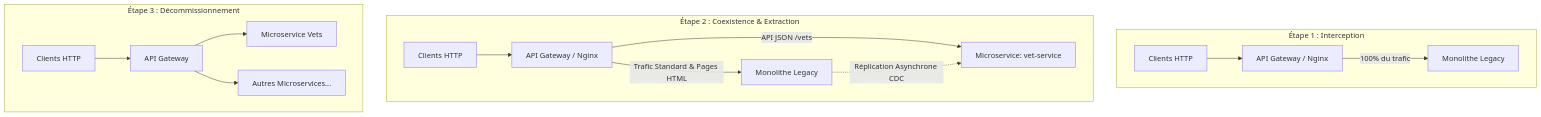
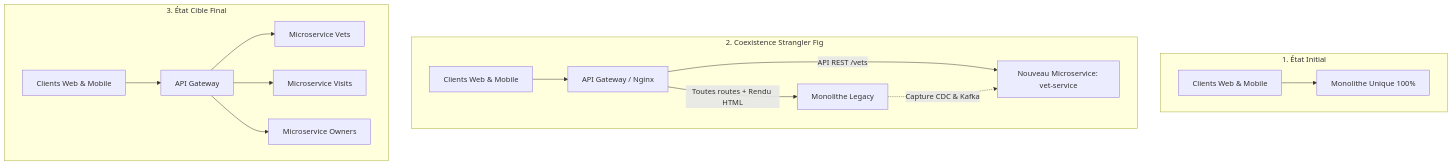
Before and after one commit to abdochiguer/Monolith-to-Microservices-Migration: the second of 8 diagrams in README.md, drawn with Mermaid. The commit also changed other lines of this file, not shown here.

````diff
--- a/README.md
+++ b/README.md
@@ -62,20 +106,20 @@
 ```mermaid
 flowchart TD
-    subgraph Étape 1 : Interception
-        Client1[Clients HTTP] --> Proxy[API Gateway / Nginx]
-        Proxy -->|100% du trafic| Mono1[Monolithe Legacy]
+    subgraph 1. État Initial
+        C1[Clients Web & Mobile] --> M1[Monolithe Unique 100%]
     end
 
-    subgraph Étape 2 : Coexistence & Extraction
-        Client2[Clients HTTP] --> Proxy2[API Gateway / Nginx]
-        Proxy2 -->|Trafic Standard & Pages HTML| Mono2[Monolithe Legacy]
-        Proxy2 -->|API JSON /vets| MS[Microservice: vet-service]
-        Mono2 -.->|Réplication Asynchrone CDC| MS
+    subgraph 2. Coexistence Strangler Fig
+        C2[Clients Web & Mobile] --> GW[API Gateway / Nginx]
+        GW -->|Toutes routes + Rendu HTML| M2[Monolithe Legacy]
+        GW -->|API REST /vets| MS[Nouveau Microservice: vet-service]
+        M2 -.->|Capture CDC & Kafka| MS
     end
 
-    subgraph Étape 3 : Décommissionnement
-        Client3[Clients HTTP] --> Proxy3[API Gateway]
-        Proxy3 --> MS_Vets[Microservice Vets]
-        Proxy3 --> MS_Others[Autres Microservices...]
+    subgraph 3. État Cible Final
+        C3[Clients Web & Mobile] --> GW2[API Gateway]
+        GW2 --> MS_Vets[Microservice Vets]
+        GW2 --> MS_Visits[Microservice Visits]
+        GW2 --> MS_Owners[Microservice Owners]
     end
 ```
````
